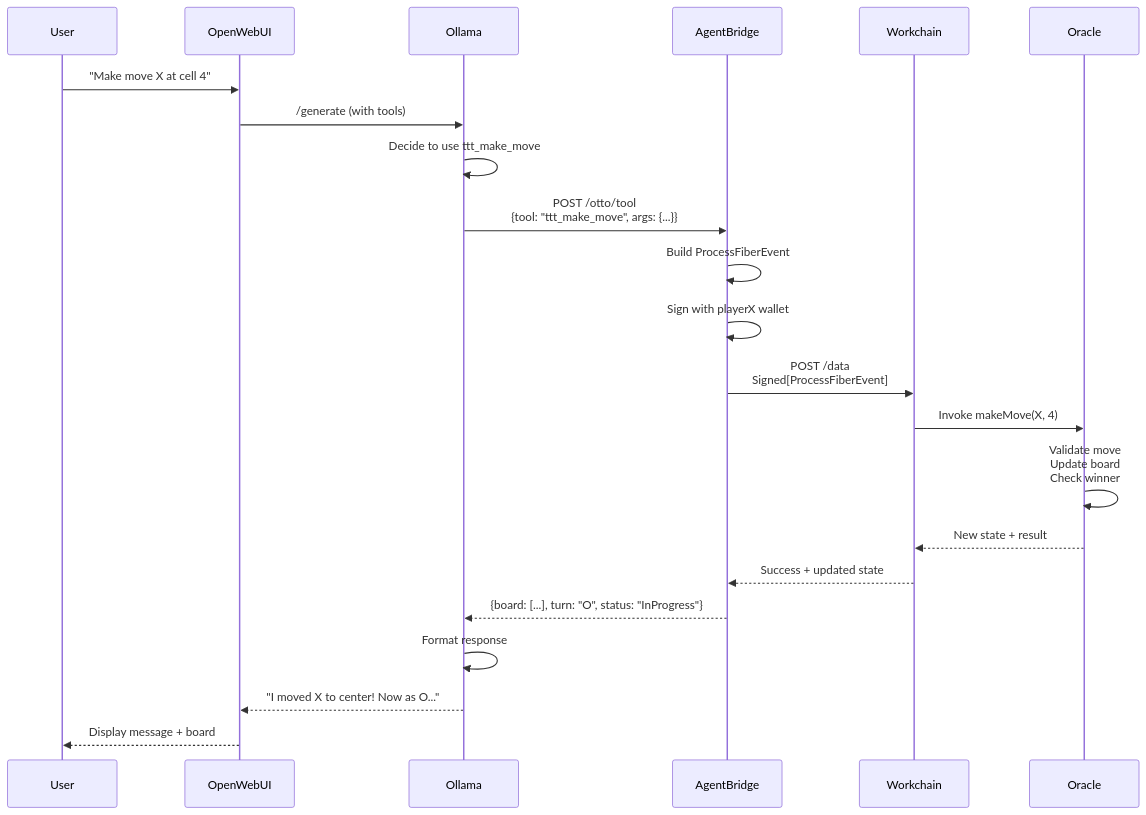
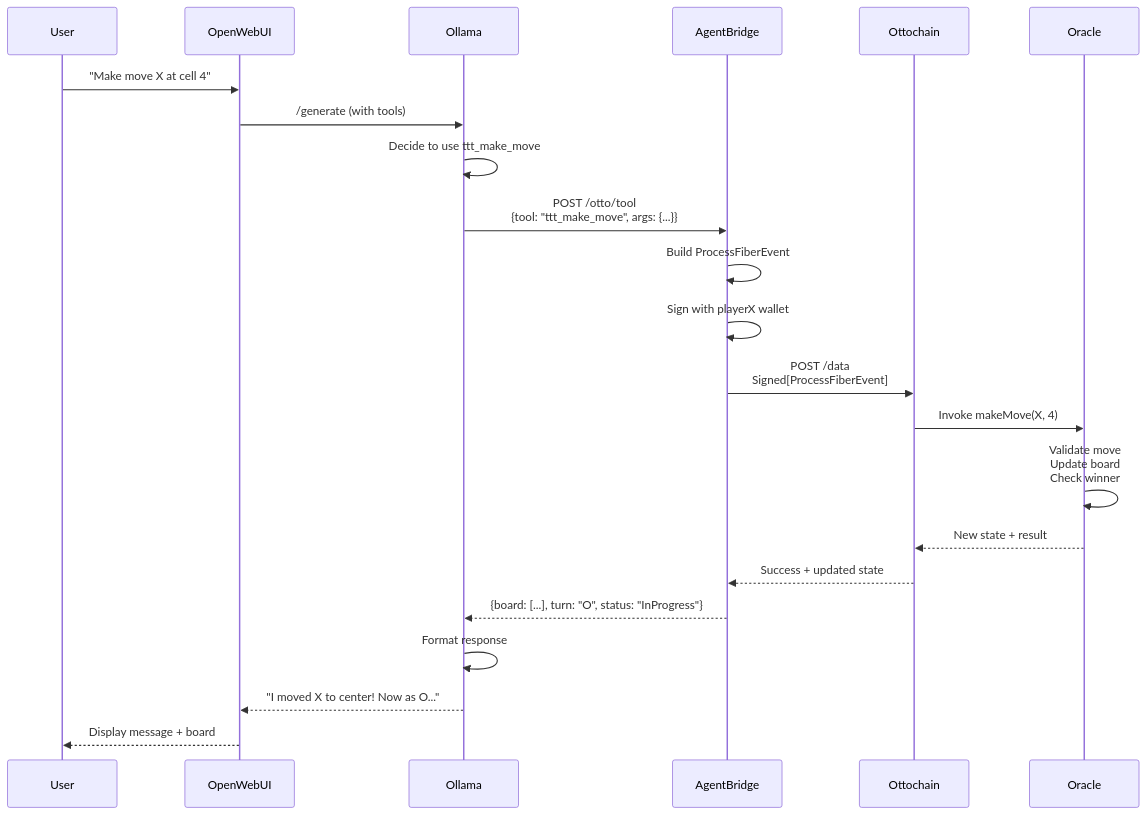
The diagram in docs/projects/ottobot/ARCHITECTURE.md (ottobot-ai/ottochain), drawn with Mermaid before and after one commit. The commit also changed other lines of this file and 53 other files, not shown here.

````diff
--- a/docs/projects/ottobot/ARCHITECTURE.md
+++ b/docs/projects/ottobot/ARCHITECTURE.md
@@ -157,25 +157,25 @@
 ```mermaid
 sequenceDiagram
     participant User
     participant OpenWebUI
     participant Ollama
     participant AgentBridge
-    participant Workchain
+    participant Ottochain
     participant Oracle
 
     User->>OpenWebUI: "Make move X at cell 4"
     OpenWebUI->>Ollama: /generate (with tools)
     Ollama->>Ollama: Decide to use ttt_make_move
     Ollama->>AgentBridge: POST /otto/tool<br/>{tool: "ttt_make_move", args: {...}}
     AgentBridge->>AgentBridge: Build ProcessFiberEvent
     AgentBridge->>AgentBridge: Sign with playerX wallet
-    AgentBridge->>Workchain: POST /data<br/>Signed[ProcessFiberEvent]
-    Workchain->>Oracle: Invoke makeMove(X, 4)
+    AgentBridge->>Ottochain: POST /data<br/>Signed[ProcessFiberEvent]
+    Ottochain->>Oracle: Invoke makeMove(X, 4)
     Oracle->>Oracle: Validate move<br/>Update board<br/>Check winner
-    Oracle-->>Workchain: New state + result
-    Workchain-->>AgentBridge: Success + updated state
+    Oracle-->>Ottochain: New state + result
+    Ottochain-->>AgentBridge: Success + updated state
     AgentBridge-->>Ollama: {board: [...], turn: "O", status: "InProgress"}
     Ollama->>Ollama: Format response
     Ollama-->>OpenWebUI: "I moved X to center! Now as O..."
     OpenWebUI-->>User: Display message + board
 ```
````
